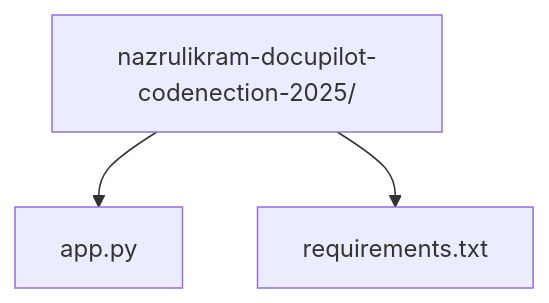
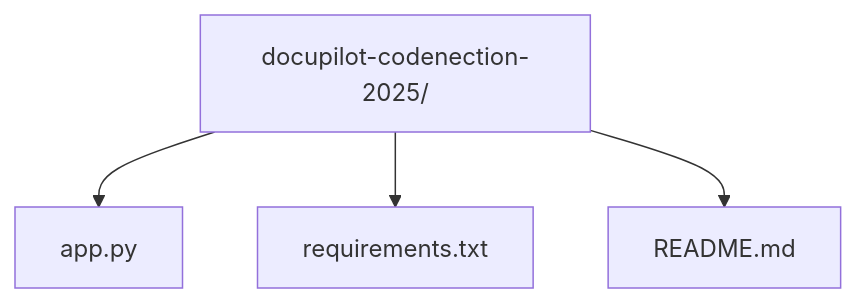
Before and after one commit to NazrulIkram/Docupilot-CodeNection-2025: the second of 2 diagrams in README.md, drawn with Mermaid. The commit also changed other lines of this file, not shown here.

````diff
--- a/README.md
+++ b/README.md
@@ -175,5 +201,6 @@
 ```mermaid
 graph TD
-    A[nazrulikram-docupilot-codenection-2025/] --> B[app.py]
+    A[docupilot-codenection-2025/] --> B[app.py]
     A --> C[requirements.txt]
+    A --> D[README.md]
 ```
````
